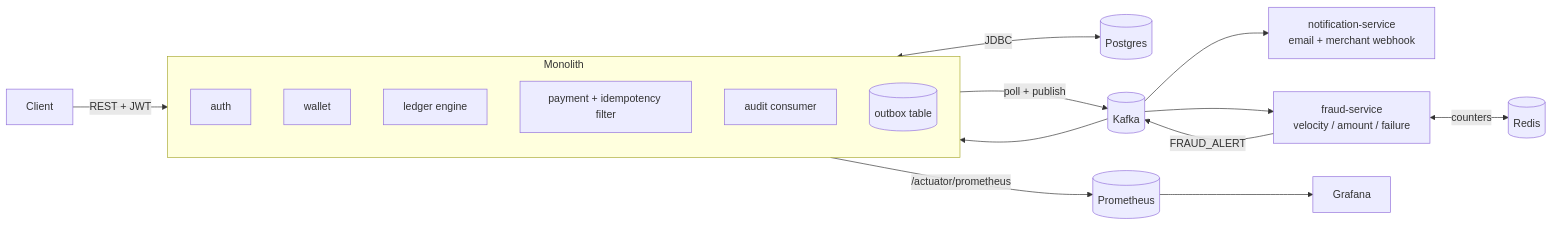
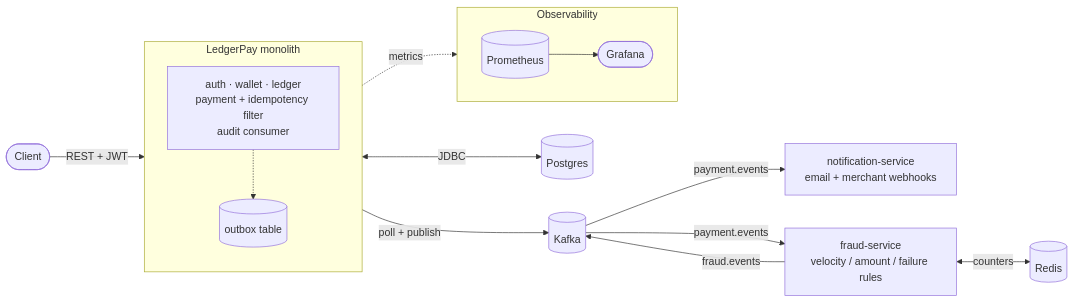
One commit to sarthakj1904/ledgerpay changed the diagram in README.md. Above: the diagram before and after it, drawn with Mermaid.

Commit message:
docs: redo architecture diagram with cleaner layout
Previous attempts produced overlapping edges and confusing crossings:
- arrows from outside Kafka piercing into the Monolith cluster
- JDBC and metrics labels stacking on top of Postgres
- ambiguous Client target

New diagram:
- Monolith inner modules collapsed to a single label so the cluster stays
  uncluttered; outbox table remains visible because it is the bridge to Kafka
- Observability (Prometheus -> Grafana) grouped into its own subgraph above
  the monolith so the metrics edge does not collide with the JDBC edge
- Synchronous flow runs left-to-right (Client -> Monolith), persistence goes
  down (Postgres), observability goes up, async event flow goes right
  (outbox -> Kafka -> notification + fraud), with fraud.events looping back
- Edges labelled with the actual topic names (payment.events, fraud.events)

Made-with: Cursor

````diff
--- a/README.md
+++ b/README.md
@@ -47,25 +47,28 @@
 ```mermaid
 flowchart LR
-    Client[Client]
+    Client(["Client"])
 
-    subgraph monolith [Monolith]
+    subgraph monolith ["LedgerPay monolith"]
       direction TB
-      Auth[auth]
-      Wallet[wallet]
-      Ledger[ledger engine]
-      Payment["payment + idempotency filter"]
-      Audit[audit consumer]
-      Outbox[(outbox table)]
+      Modules["auth · wallet · ledger<br/>payment + idempotency filter<br/>audit consumer"]
+      Outbox[("outbox table")]
+      Modules -.-> Outbox
     end
 
-    Client -->|REST + JWT| monolith
-    monolith <-->|JDBC| Postgres[(Postgres)]
-    Outbox -->|poll + publish| Kafka[(Kafka)]
-    Kafka --> Notif["notification-service<br/>email + merchant webhook"]
-    Kafka --> Fraud["fraud-service<br/>velocity / amount / failure"]
-    Fraud -->|FRAUD_ALERT| Kafka
-    Kafka --> Audit
-    Fraud <-->|counters| Redis[(Redis)]
-    monolith -->|/actuator/prometheus| Prom[(Prometheus)]
-    Prom --> Grafana
+    Notif["notification-service<br/>email + merchant webhooks"]
+    Fraud["fraud-service<br/>velocity / amount / failure rules"]
+
+    subgraph obs ["Observability"]
+      direction LR
+      Prom[("Prometheus")] --> Grafana(["Grafana"])
+    end
+
+    Client -->|"REST + JWT"| monolith
+    monolith <-->|JDBC| Postgres[("Postgres")]
+    monolith -.->|metrics| obs
+    Outbox -->|"poll + publish"| Kafka[("Kafka")]
+    Kafka -->|payment.events| Notif
+    Kafka -->|payment.events| Fraud
+    Fraud -->|fraud.events| Kafka
+    Fraud <-->|counters| Redis[("Redis")]
 ```
````
